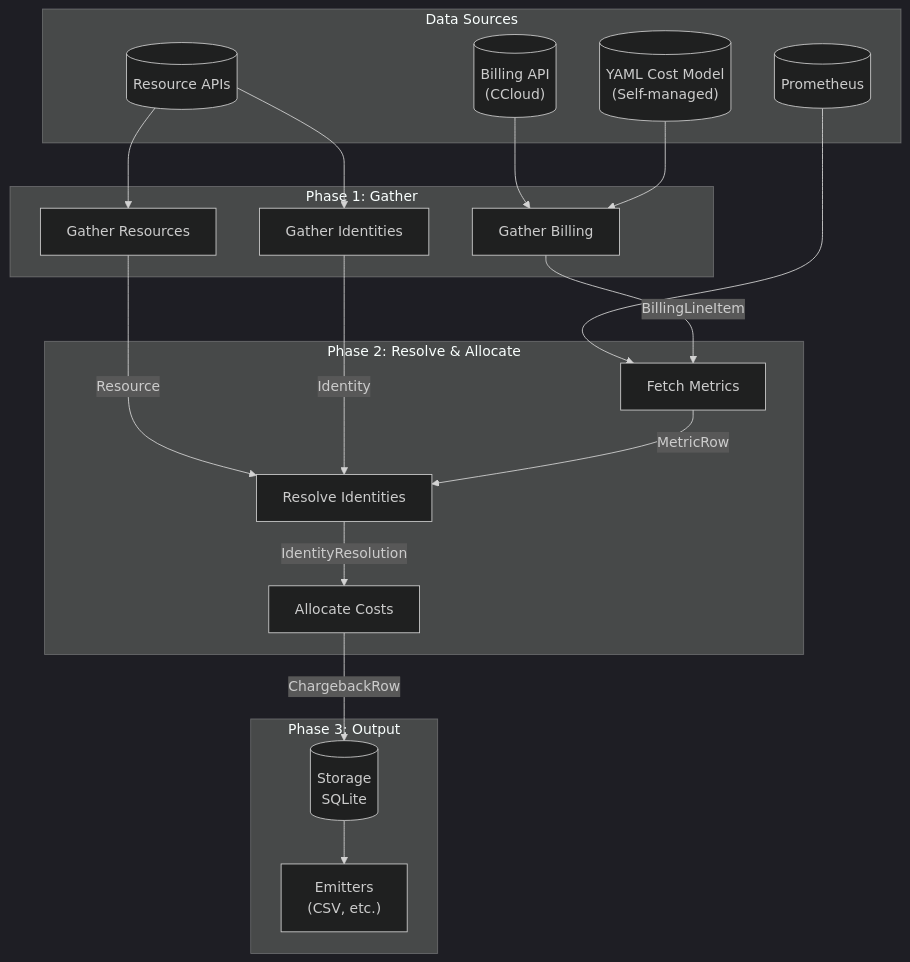
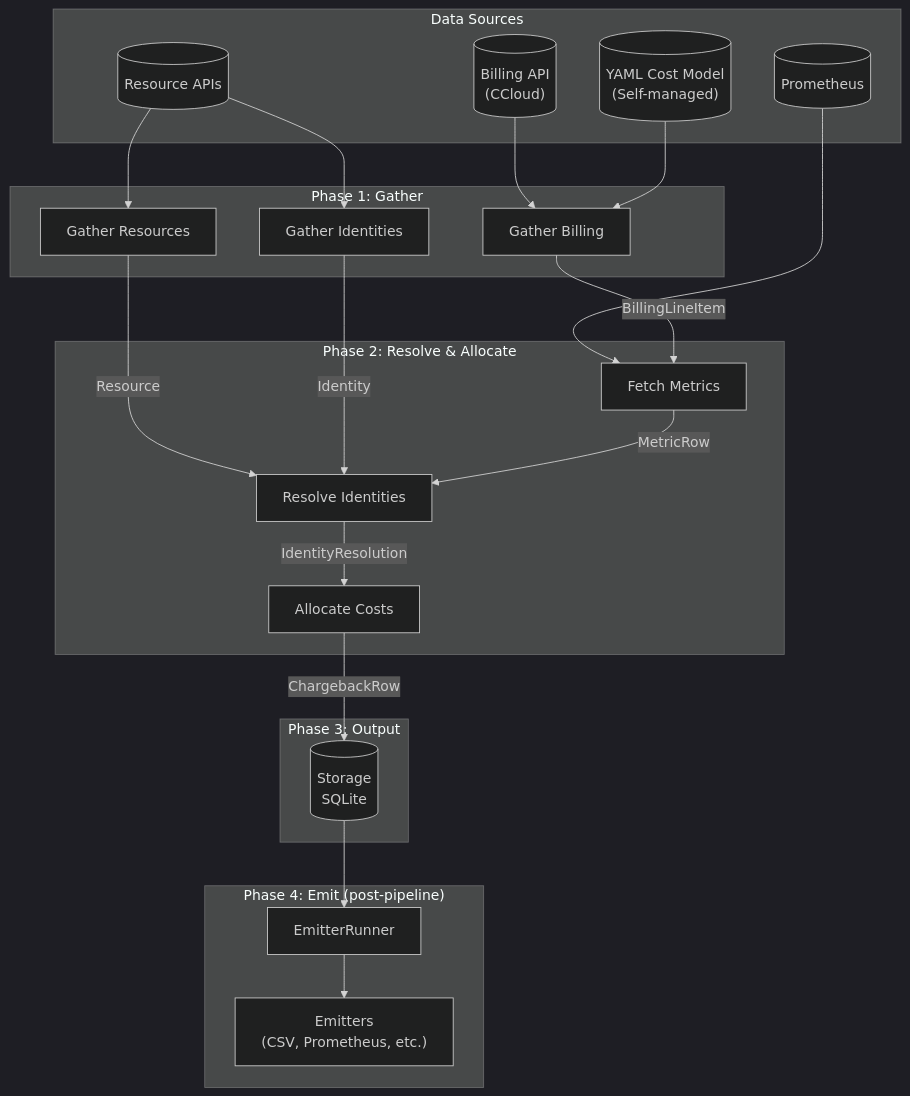
Before and after one commit to waliaabhishek/chitragupta: the diagram in docs/architecture/data-flow.md, drawn with Mermaid (dark theme). The commit also changed other lines of this file and 31 other files, not shown here.

First line of the commit message:
Fix: task-148 — Decouple emitters from pipeline loop, make them independent DB readers

````diff
--- a/docs/architecture/data-flow.md
+++ b/docs/architecture/data-flow.md
@@ -5,40 +5,45 @@
 ```mermaid
 flowchart TD
     subgraph inputs["Data Sources"]
         BILLING[("Billing API<br/>(CCloud)")]
         YAML[("YAML Cost Model<br/>(Self-managed)")]
         PROM[("Prometheus")]
         API[("Resource APIs")]
     end
 
     subgraph gather["Phase 1: Gather"]
         G1["Gather Billing"]
         G2["Gather Resources"]
         G3["Gather Identities"]
     end
 
     subgraph resolve["Phase 2: Resolve & Allocate"]
         M["Fetch Metrics"]
         R["Resolve Identities"]
         A["Allocate Costs"]
     end
 
     subgraph output["Phase 3: Output"]
         DB[("Storage<br/>SQLite")]
-        E["Emitters<br/>(CSV, etc.)"]
+    end
+
+    subgraph emit["Phase 4: Emit (post-pipeline)"]
+        ER["EmitterRunner"]
+        E["Emitters<br/>(CSV, Prometheus, etc.)"]
     end
 
     BILLING --> G1
     YAML --> G1
     API --> G2
     API --> G3
     PROM --> M
 
     G1 --> |BillingLineItem| M
     G2 --> |Resource| R
     G3 --> |Identity| R
     M --> |MetricRow| R
     R --> |IdentityResolution| A
     A --> |ChargebackRow| DB
-    DB --> E
+    DB --> ER
+    ER --> E
 ```
````
